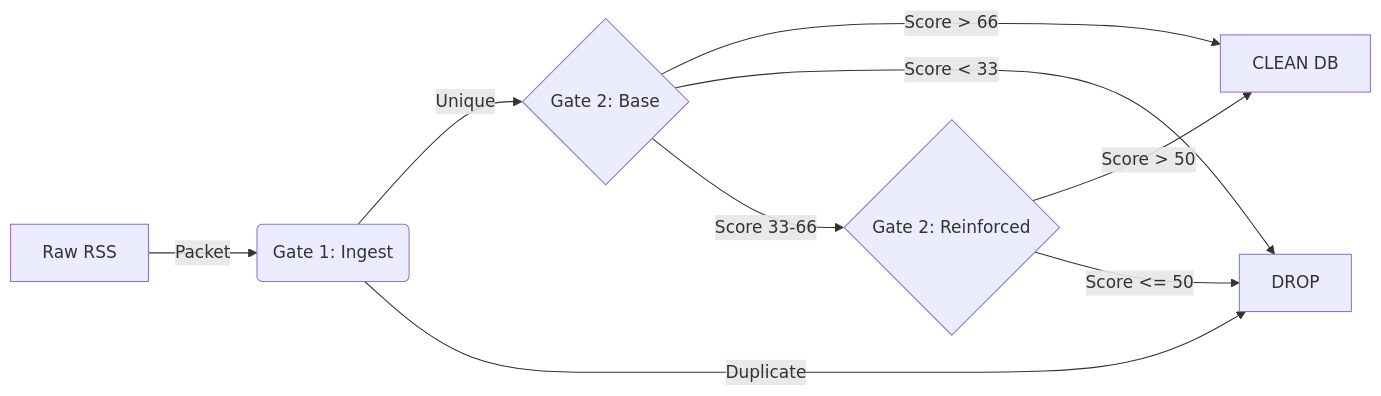
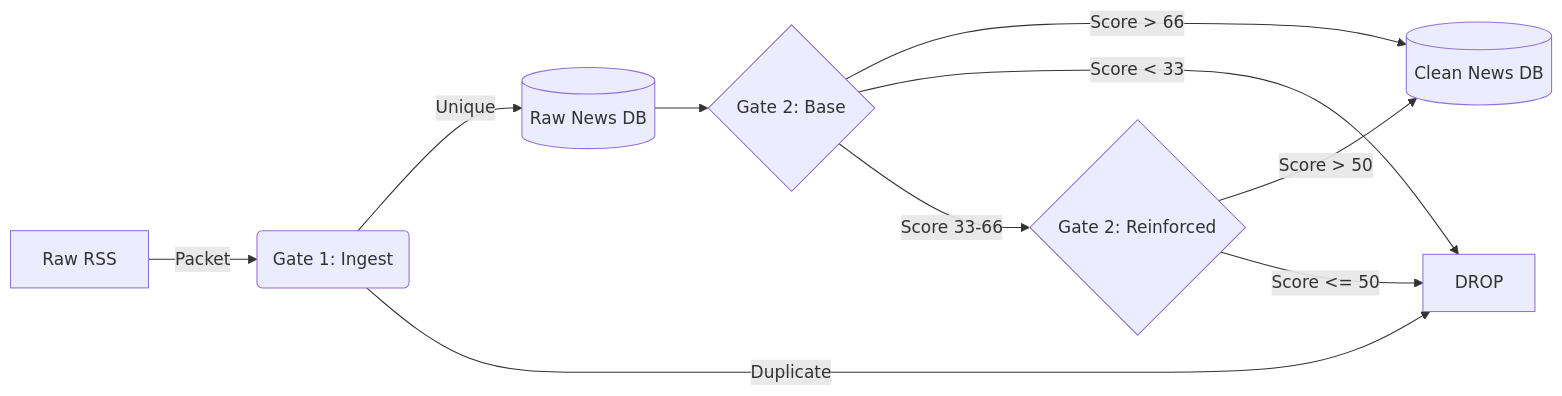
Before and after one commit to PeterJFrancoIII/Project-DEFCON-Run: the diagram in Atlas_G3_Overview.md, drawn with Mermaid. The commit also changed other lines of this file and 1 other file, not shown here.

````diff
--- a/Atlas_G3_Overview.md
+++ b/Atlas_G3_Overview.md
@@ -52,13 +52,14 @@
 ```mermaid
 graph LR
     A[Raw RSS] -->|Packet| B(Gate 1: Ingest)
-    B -->|Unique| C{Gate 2: Base}
+    B -->|Unique| R[(Raw News DB)]
+    R --> C{Gate 2: Base}
     B -->|Duplicate| X[DROP]
     
-    C -->|Score > 66| D[CLEAN DB]
+    C -->|Score > 66| D[(Clean News DB)]
     C -->|Score < 33| X
     C -->|Score 33-66| E{Gate 2: Reinforced}
     
     E -->|Score > 50| D
     E -->|Score <= 50| X
 ```
````
